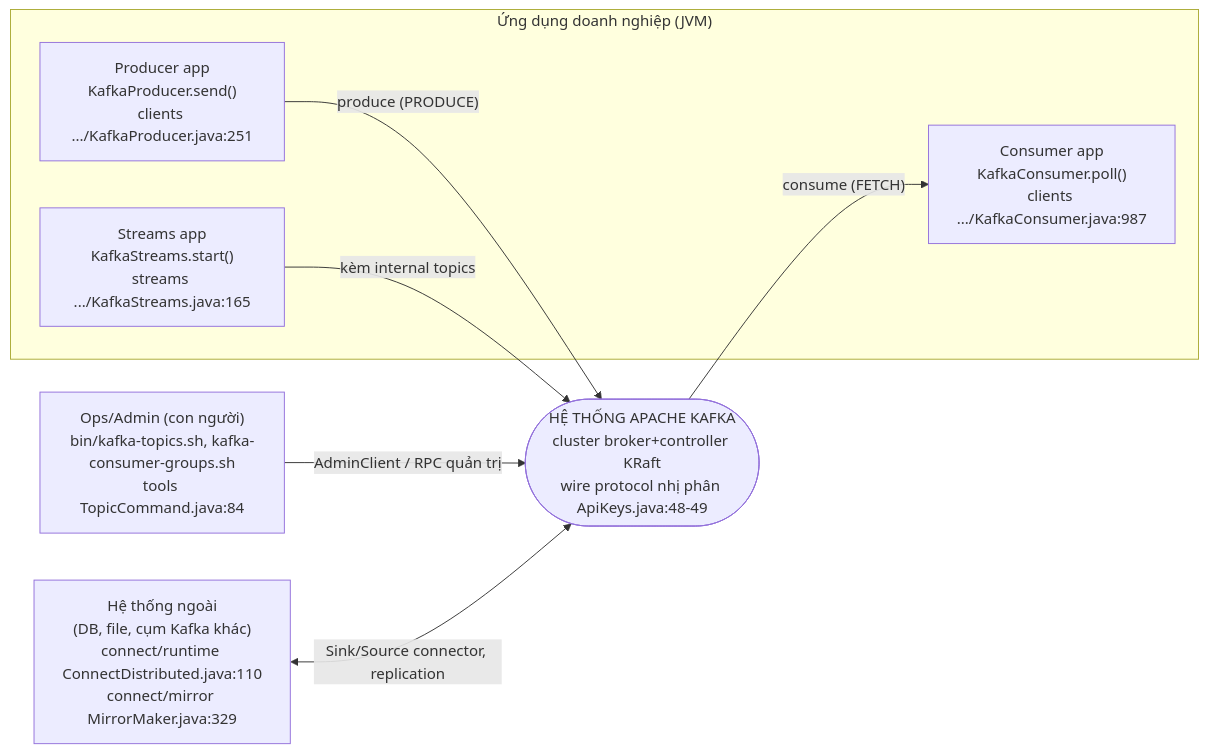
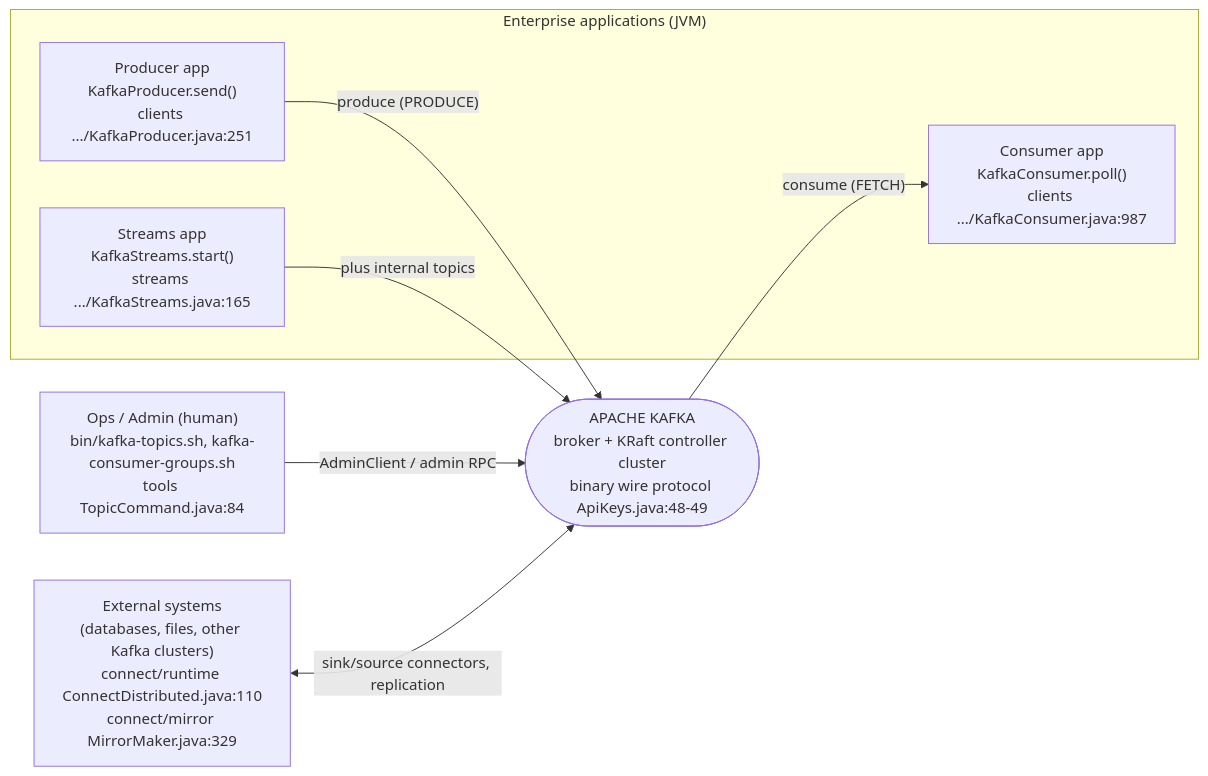
Before and after one commit to Stellarhold170NT/cassian: the first of 3 diagrams in docs/kafka/04-overview.md, drawn with Mermaid. The commit also changed other lines of this file and 4 other files, not shown here.

````diff
--- a/docs/kafka/04-overview.md
+++ b/docs/kafka/04-overview.md
@@ -36,17 +86,17 @@
 ```mermaid
 flowchart LR
-    subgraph apps["Ứng dụng doanh nghiệp (JVM)"]
+    subgraph apps["Enterprise applications (JVM)"]
         P["Producer app<br/>KafkaProducer.send()<br/>clients .../KafkaProducer.java:251"]
         C["Consumer app<br/>KafkaConsumer.poll()<br/>clients .../KafkaConsumer.java:987"]
         S["Streams app<br/>KafkaStreams.start()<br/>streams .../KafkaStreams.java:165"]
     end
-    OPS["Ops/Admin (con người)<br/>bin/kafka-topics.sh, kafka-consumer-groups.sh<br/>tools TopicCommand.java:84"]
-    EXT["Hệ thống ngoài<br/>(DB, file, cụm Kafka khác)<br/>connect/runtime ConnectDistributed.java:110<br/>connect/mirror MirrorMaker.java:329"]
-    KAFKA(["HỆ THỐNG APACHE KAFKA<br/>cluster broker+controller KRaft<br/>wire protocol nhị phân ApiKeys.java:48-49"])
+    OPS["Ops / Admin (human)<br/>bin/kafka-topics.sh, kafka-consumer-groups.sh<br/>tools TopicCommand.java:84"]
+    EXT["External systems<br/>(databases, files, other Kafka clusters)<br/>connect/runtime ConnectDistributed.java:110<br/>connect/mirror MirrorMaker.java:329"]
+    KAFKA(["APACHE KAFKA<br/>broker + KRaft controller cluster<br/>binary wire protocol ApiKeys.java:48-49"])
 
     P -->|"produce (PRODUCE)"| KAFKA
     KAFKA -->|"consume (FETCH)"| C
-    S -->|"kèm internal topics"| KAFKA
-    OPS -->|"AdminClient / RPC quản trị"| KAFKA
-    EXT <-->|"Sink/Source connector, replication"| KAFKA
+    S -->|"plus internal topics"| KAFKA
+    OPS -->|"AdminClient / admin RPC"| KAFKA
+    EXT <-->|"sink/source connectors, replication"| KAFKA
 ```
````
